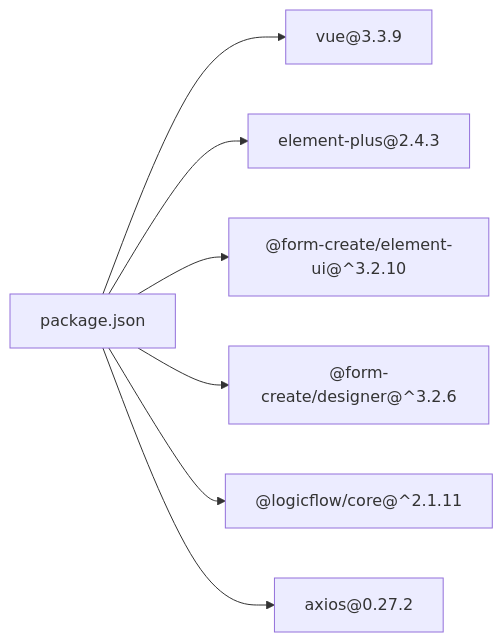
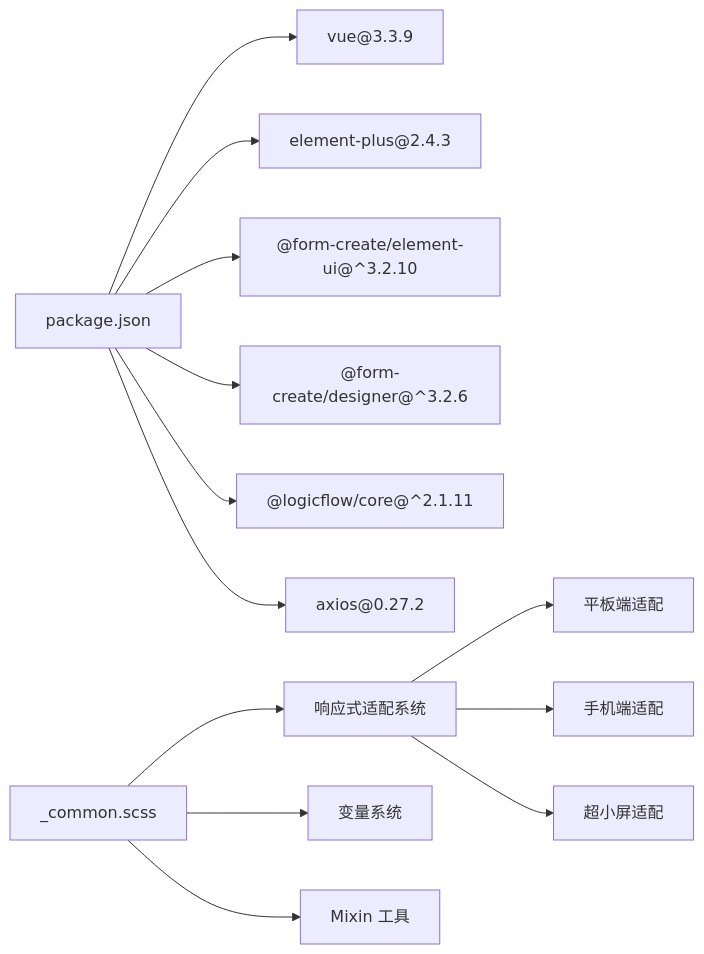
The sixth of 6 diagrams in .qoder/repowiki/zh/content/可视化设计器/表单设计器.md (dromara/warm-flow), drawn with Mermaid before and after one commit. The commit also changed other lines of this file and 18 other files, not shown here.

````diff
--- a/.qoder/repowiki/zh/content/可视化设计器/表单设计器.md
+++ b/.qoder/repowiki/zh/content/可视化设计器/表单设计器.md
@@ -278,9 +347,15 @@
 ```mermaid
 graph LR
 P["package.json"] --> V["vue@3.3.9"]
 P --> EP["element-plus@2.4.3"]
 P --> FC_UI["@form-create/element-ui@^3.2.10"]
 P --> FC_D["@form-create/designer@^3.2.6"]
 P --> LF["@logicflow/core@^2.1.11"]
 P --> AX["axios@0.27.2"]
+C["_common.scss"] --> Responsive["响应式适配系统"]
+C --> Variables["变量系统"]
+C --> Mixins["Mixin 工具"]
+Responsive --> Tablet["平板端适配"]
+Responsive --> Mobile["手机端适配"]
+Responsive --> SmallScreen["超小屏适配"]
 ```
````
